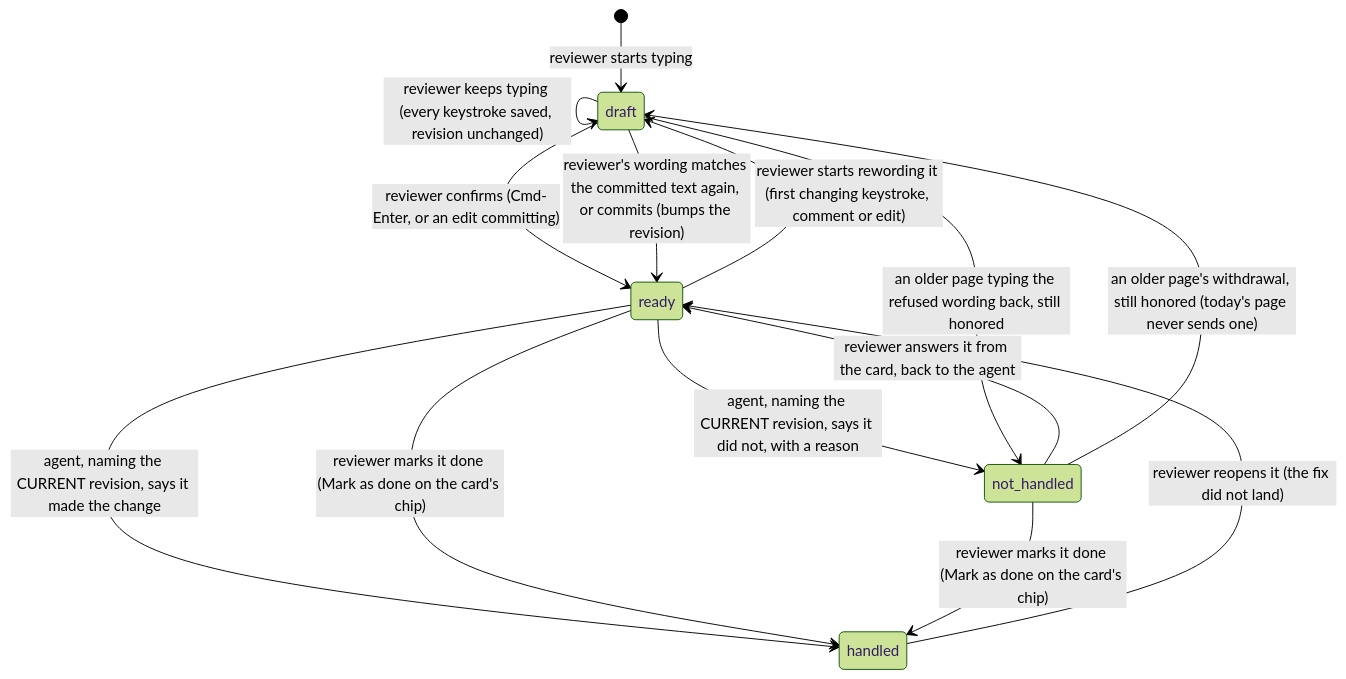
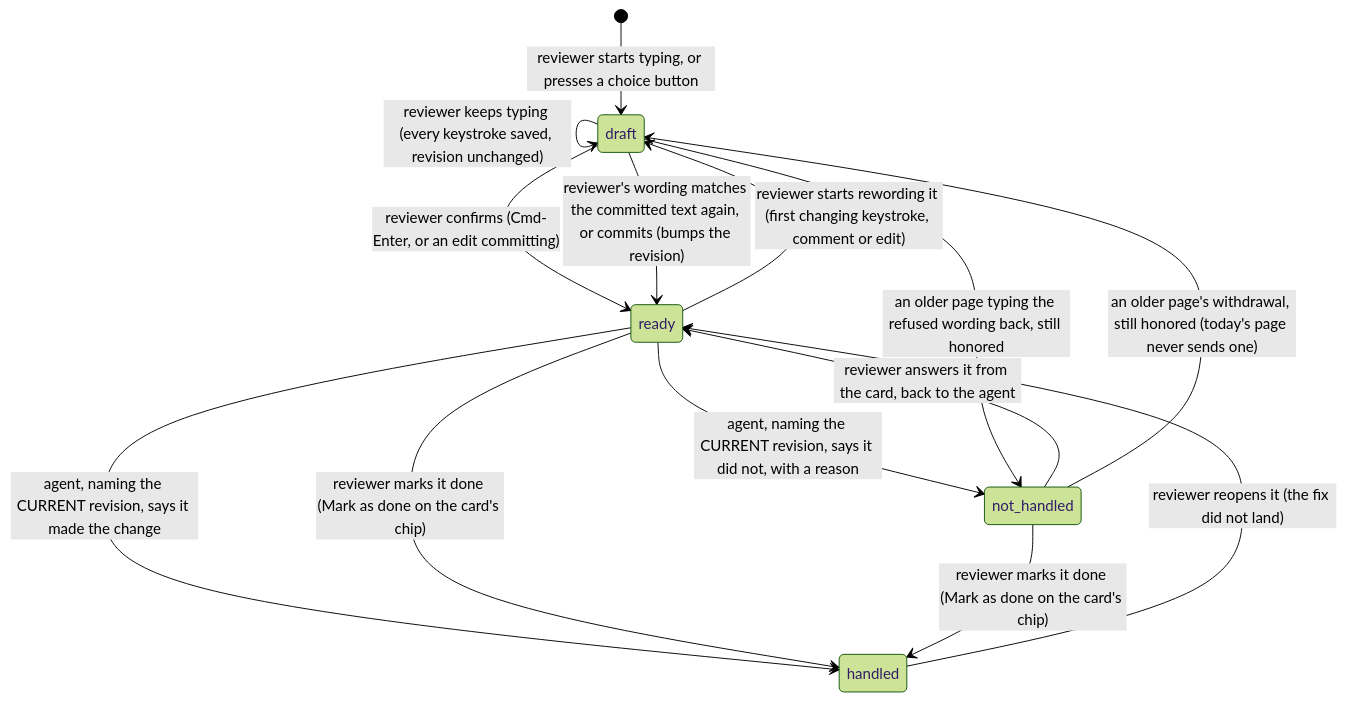
Before and after one commit to kenxle/live-agentic-html-editor: the diagram in docs/diagrams/item_lifecycle.md, drawn with Mermaid (forest theme). The commit also changed other lines of this file and 5 other files, not shown here.

Commit message:
Choice buttons: the ongoing doc, the three diagrams and the architecture doc's pointers, written ahead of the build

````diff
--- a/docs/diagrams/item_lifecycle.md
+++ b/docs/diagrams/item_lifecycle.md
@@ -5,21 +5,21 @@
 ```mermaid
 stateDiagram-v2
-    [*] --> draft : reviewer starts typing
+    [*] --> draft : reviewer starts typing, or presses a choice button
 
     draft --> draft : reviewer keeps typing (every keystroke saved, revision unchanged)
     draft --> ready : reviewer confirms (Cmd-Enter, or an edit committing)
 
     ready --> draft : reviewer starts rewording it (first changing keystroke, comment or edit)
     draft --> ready : reviewer's wording matches the committed text again, or commits (bumps the revision)
 
     ready --> handled : agent, naming the CURRENT revision, says it made the change
     ready --> not_handled : agent, naming the CURRENT revision, says it did not, with a reason
 
     not_handled --> ready : reviewer answers it from the card, back to the agent
     not_handled --> draft : an older page's withdrawal, still honored (today's page never sends one)
     draft --> not_handled : an older page typing the refused wording back, still honored
     handled --> ready : reviewer reopens it (the fix did not land)
 
     ready --> handled : reviewer marks it done (Mark as done on the card's chip)
     not_handled --> handled : reviewer marks it done (Mark as done on the card's chip)
 ```
````
